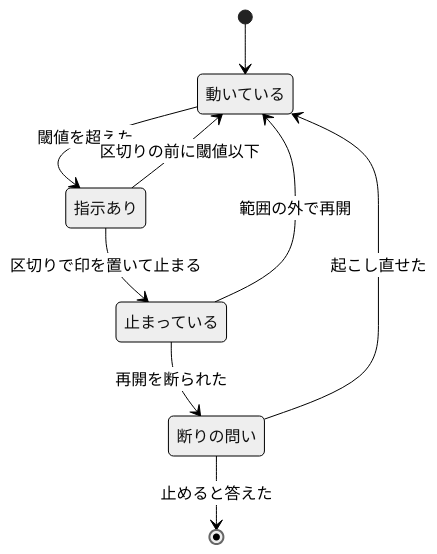
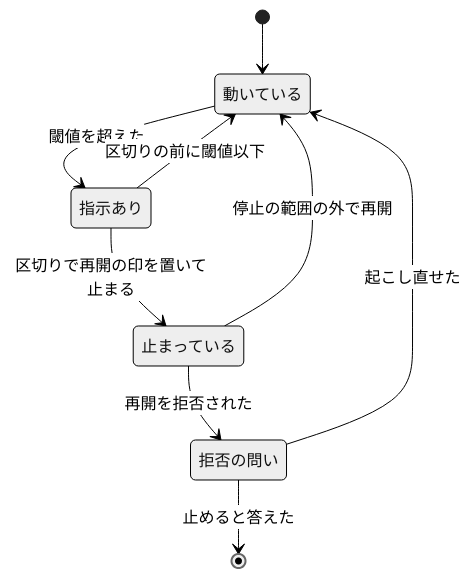
One commit to devbasex/ai-plugins changed the fifth of 5 diagrams in issues/issue-2707-design.md. Above: the diagram before and after it, drawn with Mermaid (neutral theme). The commit also changed other lines of this file and 1 other file, not shown here.

````diff
--- a/issues/issue-2707-design.md
+++ b/issues/issue-2707-design.md
@@ -324,11 +363,11 @@
 ```mermaid
 stateDiagram-v2
     [*] --> 動いている
     動いている --> 指示あり: 閾値を超えた
     指示あり --> 動いている: 区切りの前に閾値以下
-    指示あり --> 止まっている: 区切りで印を置いて止まる
-    止まっている --> 動いている: 範囲の外で再開
-    止まっている --> 断りの問い: 再開を断られた
-    断りの問い --> 動いている: 起こし直せた
-    断りの問い --> [*]: 止めると答えた
+    指示あり --> 止まっている: 区切りで再開の印を置いて止まる
+    止まっている --> 動いている: 停止の範囲の外で再開
+    止まっている --> 拒否の問い: 再開を拒否された
+    拒否の問い --> 動いている: 起こし直せた
+    拒否の問い --> [*]: 止めると答えた
 ```
````
